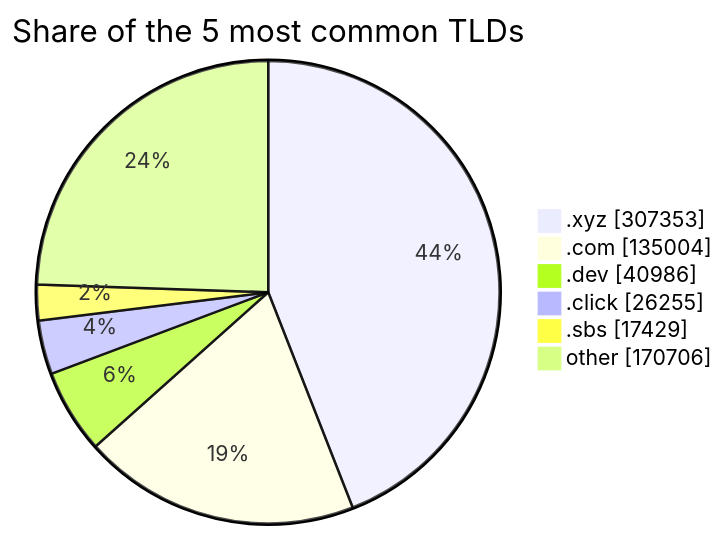
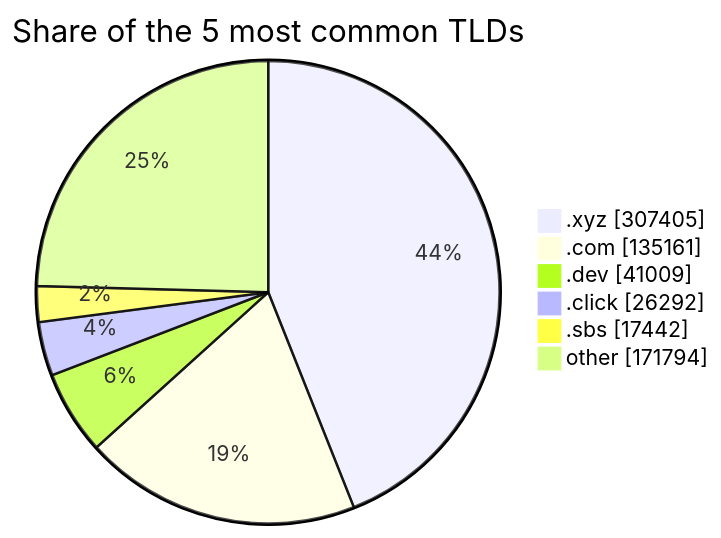
The third of 3 diagrams in README.md (DNSBunker/CTI), drawn with Mermaid before and after one commit. The commit also changed other lines of this file and 3 other files, not shown here.

````diff
--- a/README.md
+++ b/README.md
@@ -81,9 +81,9 @@
 ```mermaid
 pie showData title Share of the 5 most common TLDs
-    ".xyz" : 307353
-    ".com" : 135004
-    ".dev" : 40986
-    ".click" : 26255
-    ".sbs" : 17429
-    "other" : 170706
+    ".xyz" : 307405
+    ".com" : 135161
+    ".dev" : 41009
+    ".click" : 26292
+    ".sbs" : 17442
+    "other" : 171794
 ```
````
